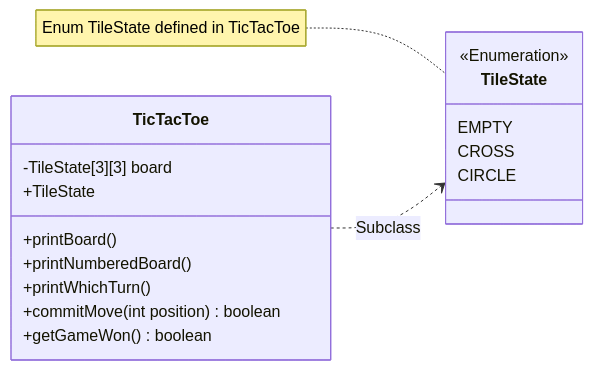
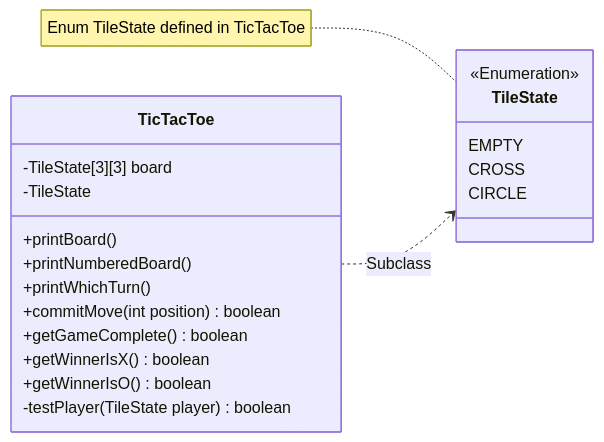
The diagram in README.md (JorritScholten/PlayersGuide), drawn with Mermaid before and after one commit. The commit also changed 3 other files, not shown here.

Commit message:
Implemented simple TicTacToe game, some changes made to UML diagram

````diff
--- a/README.md
+++ b/README.md
@@ -15,21 +15,24 @@
 ```mermaid
 classDiagram
     direction LR
     class TicTacToe {
         -TileState[3][3] board
-        +TileState
+        -TileState
         +printBoard()
         +printNumberedBoard()
         +printWhichTurn()
         +commitMove(int position) boolean
-        +getGameWon() boolean
+        +getGameComplete() boolean
+        +getWinnerIsX() boolean
+        +getWinnerIsO() boolean
+        -testPlayer(TileState player) boolean
     }
     note for TileState "Enum TileState defined in TicTacToe"
     class TileState {
         <<Enumeration>>
         EMPTY
         CROSS
         CIRCLE
     }
     TicTacToe ..> TileState: Subclass
 ```
````
